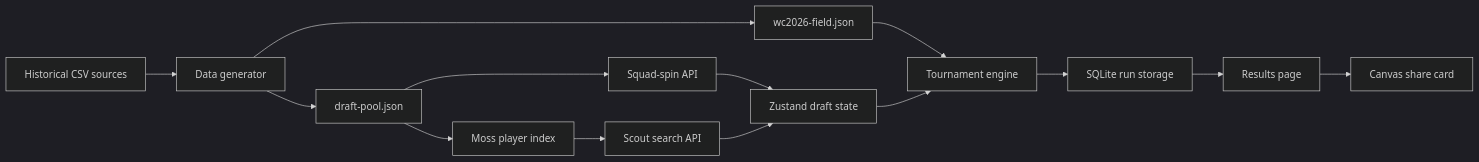
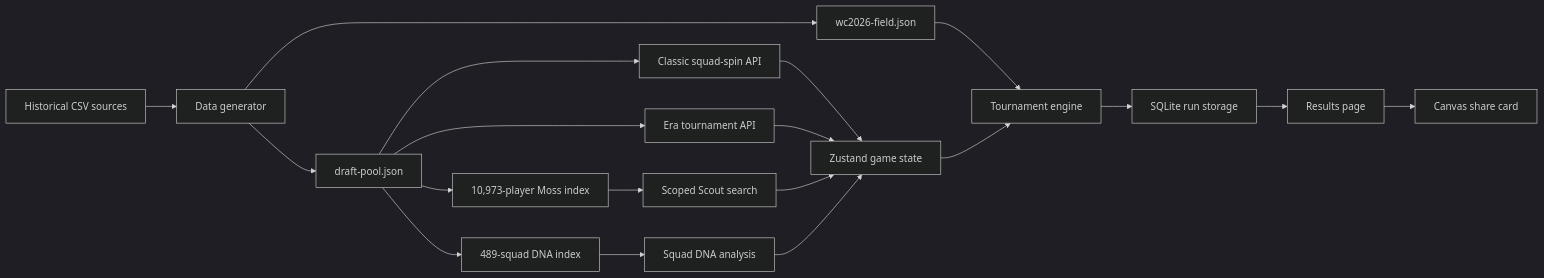
The diagram in README.md (AyanBhardwaj1/Champions-WC-26-), drawn with Mermaid (dark theme) before and after one commit. The commit also changed other lines of this file and 31 other files, not shown here.

Commit message:
Document Classic and Era game modes with Squad DNA and Prime Form

````diff
--- a/README.md
+++ b/README.md
@@ -178,16 +232,21 @@
 ```mermaid
 flowchart LR
     A[Historical CSV sources] --> B[Data generator]
     B --> C[draft-pool.json]
     B --> D[wc2026-field.json]
-    C --> E[Squad-spin API]
-    E --> F[Zustand draft state]
-    C --> K[Moss player index]
-    K --> L[Scout search API]
+    C --> E[Classic squad-spin API]
+    C --> M[Era tournament API]
+    E --> F[Zustand game state]
+    M --> F
+    C --> K[10,973-player Moss index]
+    C --> N[489-squad DNA index]
+    K --> L[Scoped Scout search]
+    N --> O[Squad DNA analysis]
     L --> F
+    O --> F
     D --> G[Tournament engine]
     F --> G
     G --> H[SQLite run storage]
     H --> I[Results page]
     I --> J[Canvas share card]
 ```
````
